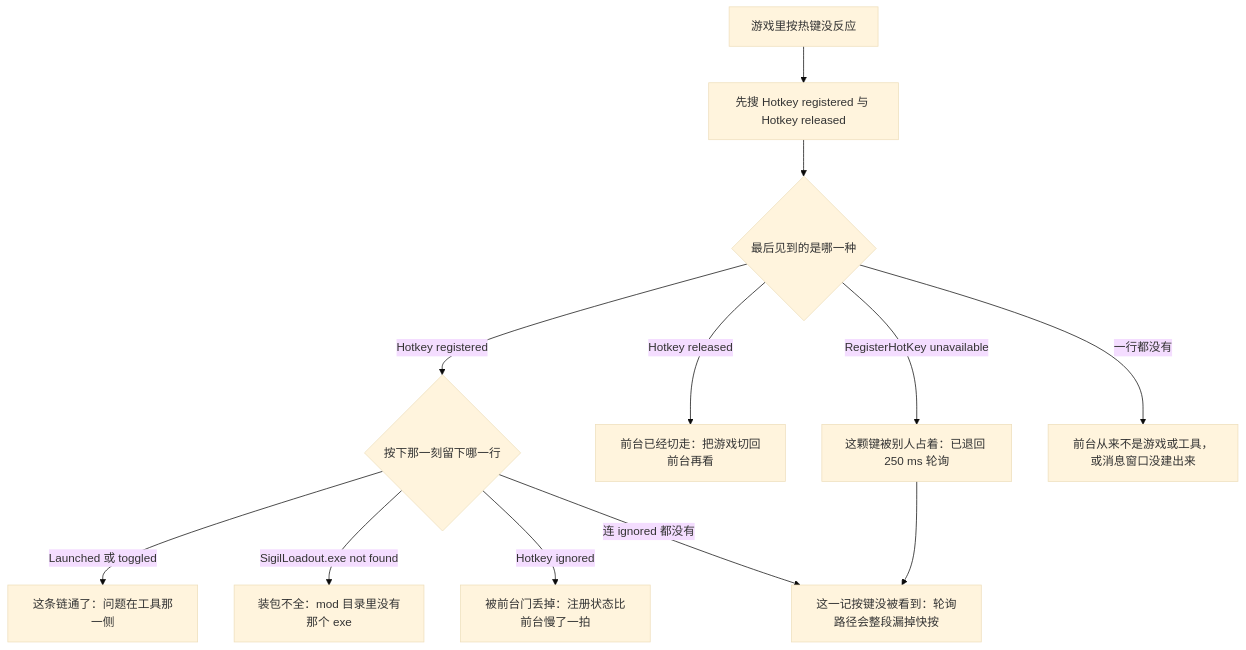
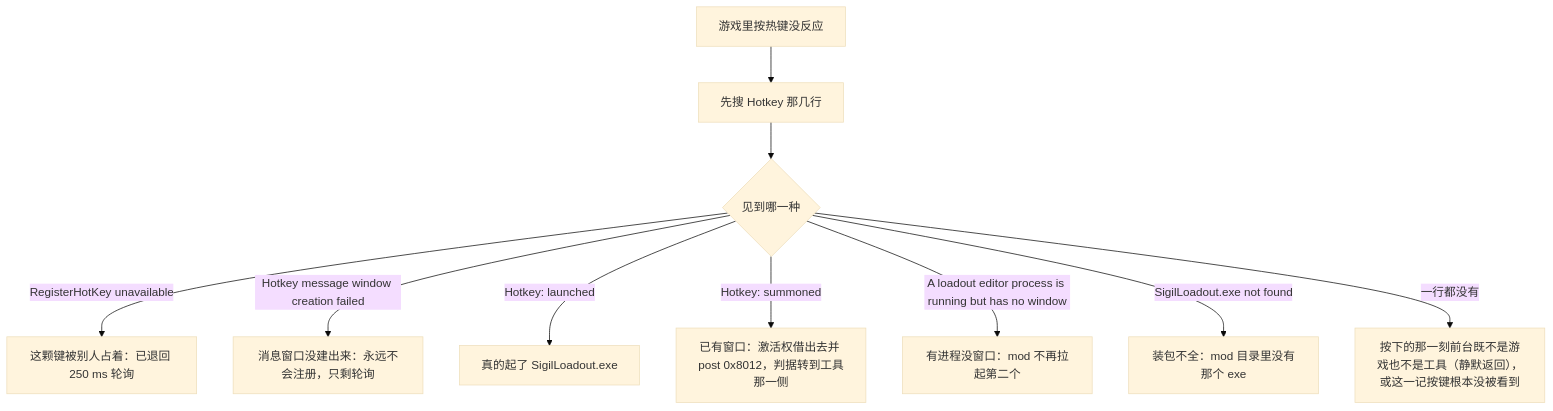
The fourth of 4 diagrams in openwiki/operations/logging-and-diagnostics.md (baagod/GBFR-Sigil-Loadout), drawn with Mermaid (base theme) before and after one commit. The commit also changed other lines of this file and 52 other files, not shown here.

````diff
--- a/openwiki/operations/logging-and-diagnostics.md
+++ b/openwiki/operations/logging-and-diagnostics.md
@@ -289,14 +373,12 @@
 ```mermaid
 flowchart TD
-    A["游戏里按热键没反应"] --> B["先搜 Hotkey registered 与 Hotkey released"]
-    B --> C{"最后见到的是哪一种"}
-    C -->|"Hotkey registered"| D{"按下那一刻留下哪一行"}
-    C -->|"Hotkey released"| E["前台已经切走：把游戏切回前台再看"]
-    C -->|"RegisterHotKey unavailable"| F["这颗键被别人占着：已退回 250 ms 轮询"]
-    C -->|"一行都没有"| G["前台从来不是游戏或工具，或消息窗口没建出来"]
-    D -->|"Launched 或 toggled"| H["这条链通了：问题在工具那一侧"]
-    D -->|"SigilLoadout.exe not found"| I["装包不全：mod 目录里没有那个 exe"]
-    D -->|"Hotkey ignored"| J["被前台门丢掉：注册状态比前台慢了一拍"]
-    D -->|"连 ignored 都没有"| K["这一记按键没被看到：轮询路径会整段漏掉快按"]
-    F --> K
+    A["游戏里按热键没反应"] --> B["先搜 Hotkey 那几行"]
+    B --> C{"见到哪一种"}
+    C -->|"RegisterHotKey unavailable"| D["这颗键被别人占着：已退回 250 ms 轮询"]
+    C -->|"Hotkey message window creation failed"| E["消息窗口没建出来：永远不会注册，只剩轮询"]
+    C -->|"Hotkey: launched"| F["真的起了 SigilLoadout.exe"]
+    C -->|"Hotkey: summoned"| G["已有窗口：激活权借出去并 post 0x8012，判据转到工具那一侧"]
+    C -->|"A loadout editor process is running but has no window"| H["有进程没窗口：mod 不再拉起第二个"]
+    C -->|"SigilLoadout.exe not found"| I["装包不全：mod 目录里没有那个 exe"]
+    C -->|"一行都没有"| J["按下的那一刻前台既不是游戏也不是工具（静默返回），或这一记按键根本没被看到"]
 ```
````
